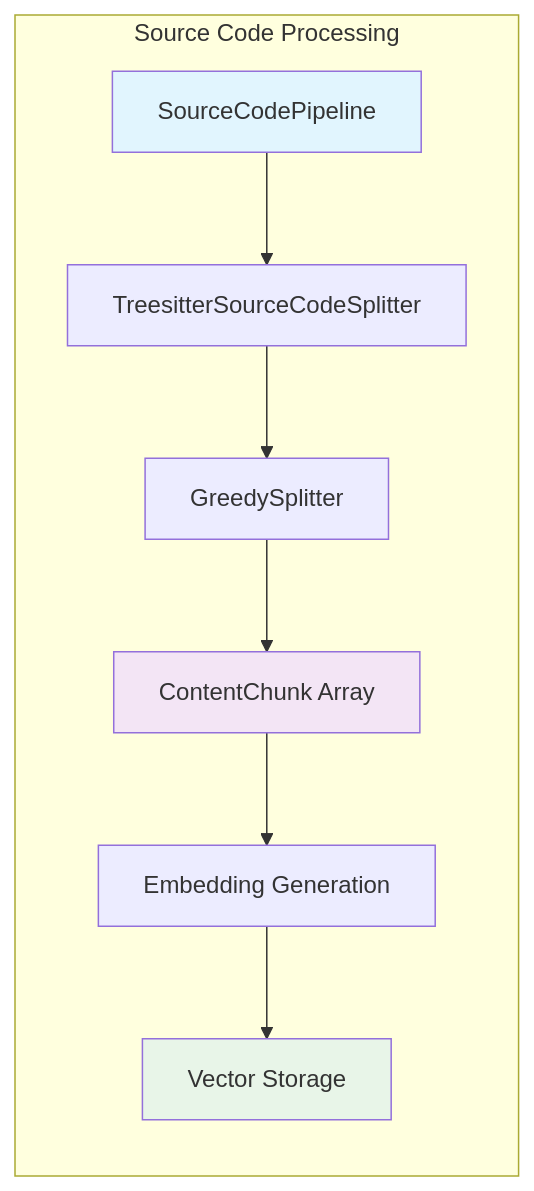
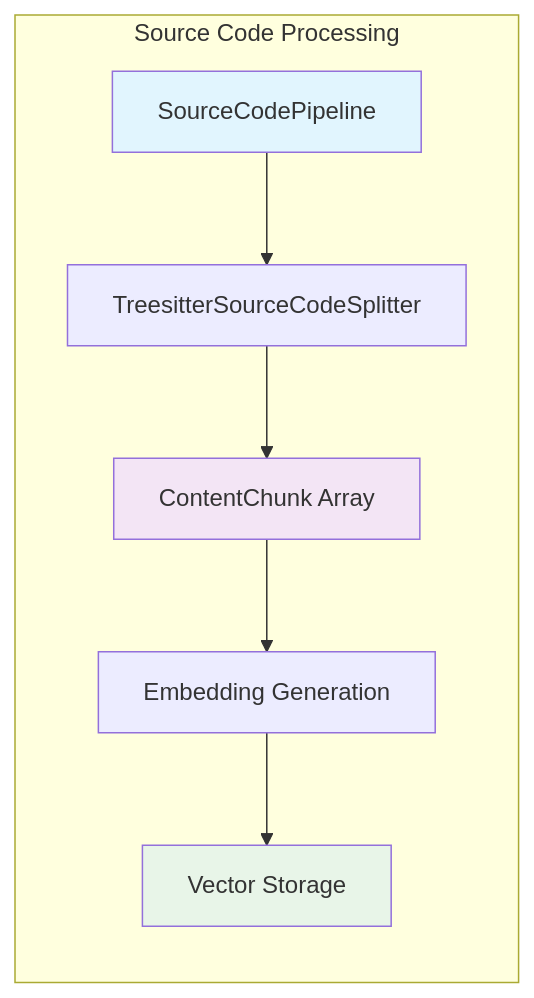
The sixth of 6 diagrams in docs/source-code-splitter.md (arabold/docs-mcp-server), drawn with Mermaid before and after one commit. The commit also changed other lines of this file and 5 other files, not shown here.

````diff
--- a/docs/source-code-splitter.md
+++ b/docs/source-code-splitter.md
@@ -288,14 +284,13 @@
 ```mermaid
 graph LR
     subgraph "Source Code Processing"
         A[SourceCodePipeline] --> B[TreesitterSourceCodeSplitter]
-        B --> C[GreedySplitter]
-        C --> D[ContentChunk Array]
-        D --> E[Embedding Generation]
-        E --> F[Vector Storage]
+        B --> C[ContentChunk Array]
+        C --> D[Embedding Generation]
+        D --> E[Vector Storage]
     end
 
     style A fill:#e1f5fe
-    style D fill:#f3e5f5
-    style F fill:#e8f5e8
+    style C fill:#f3e5f5
+    style E fill:#e8f5e8
 ```
````
